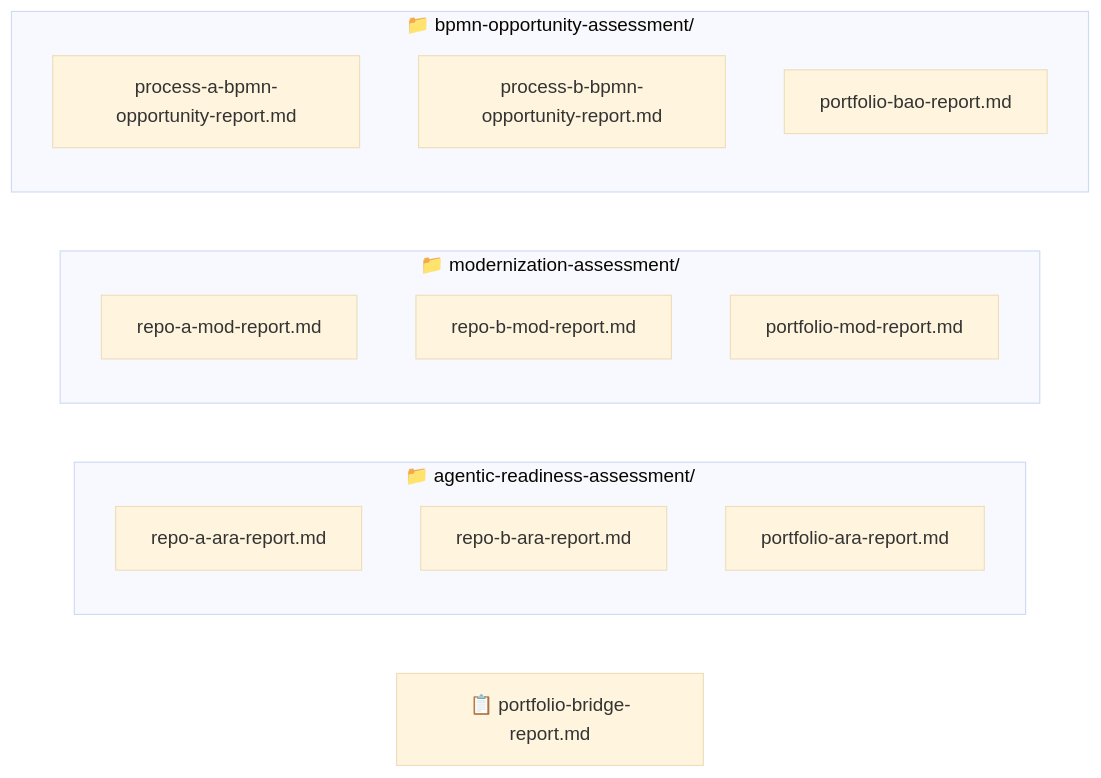
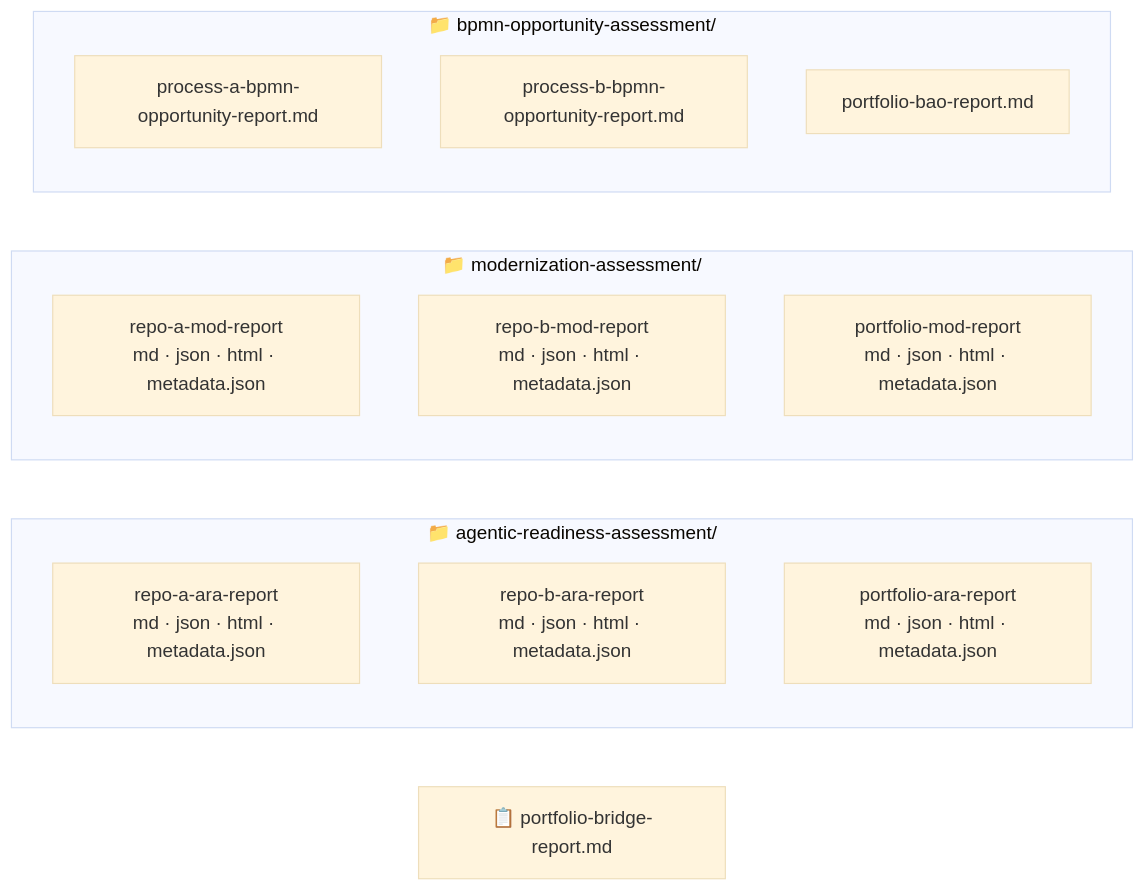
Before and after one commit to aws-samples/sample-agentic-readiness-analysis-orchestrator: the fourth of 4 diagrams in README.md, drawn with Mermaid (base theme). The commit also changed other lines of this file, not shown here.

First line of the commit message:
docs(readme): align with four-artifact bundle and per-repo serialization

````diff
--- a/README.md
+++ b/README.md
@@ -122,22 +132,22 @@
 ```mermaid
 flowchart LR
     subgraph ARA [📁 agentic-readiness-assessment/]
-        AR1[repo-a-ara-report.md]
-        AR2[repo-b-ara-report.md]
-        AR3[portfolio-ara-report.md]
+        AR1[repo-a-ara-report<br/>md · json · html · metadata.json]
+        AR2[repo-b-ara-report<br/>md · json · html · metadata.json]
+        AR3[portfolio-ara-report<br/>md · json · html · metadata.json]
     end
 
     subgraph MOD [📁 modernization-assessment/]
-        MR1[repo-a-mod-report.md]
-        MR2[repo-b-mod-report.md]
-        MR3[portfolio-mod-report.md]
+        MR1[repo-a-mod-report<br/>md · json · html · metadata.json]
+        MR2[repo-b-mod-report<br/>md · json · html · metadata.json]
+        MR3[portfolio-mod-report<br/>md · json · html · metadata.json]
     end
 
     subgraph BPMN [📁 bpmn-opportunity-assessment/]
         BR1[process-a-bpmn-opportunity-report.md]
         BR2[process-b-bpmn-opportunity-report.md]
         BR3[portfolio-bao-report.md]
     end
 
     BRIDGE[📋 portfolio-bridge-report.md]
 ```
````
